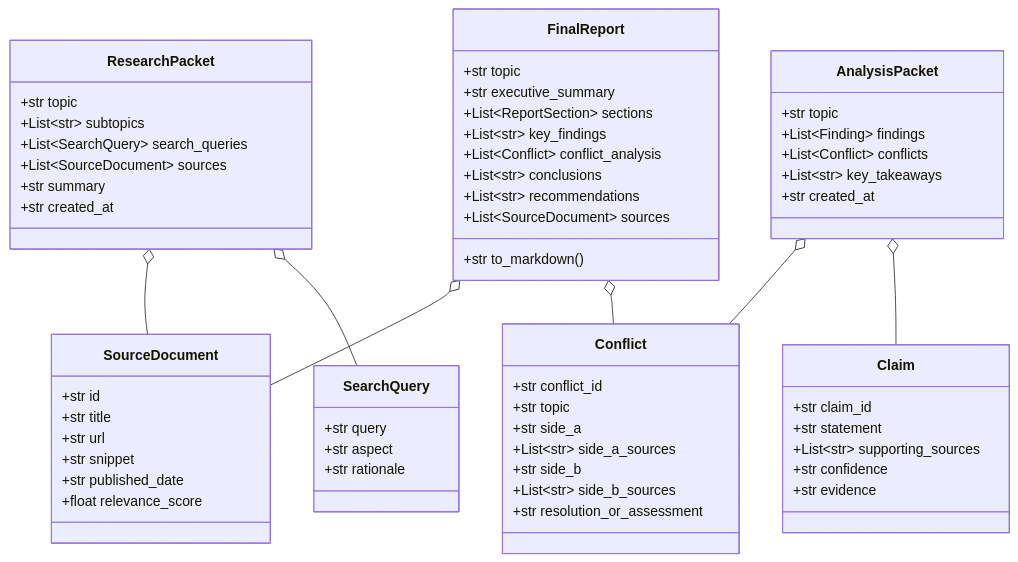
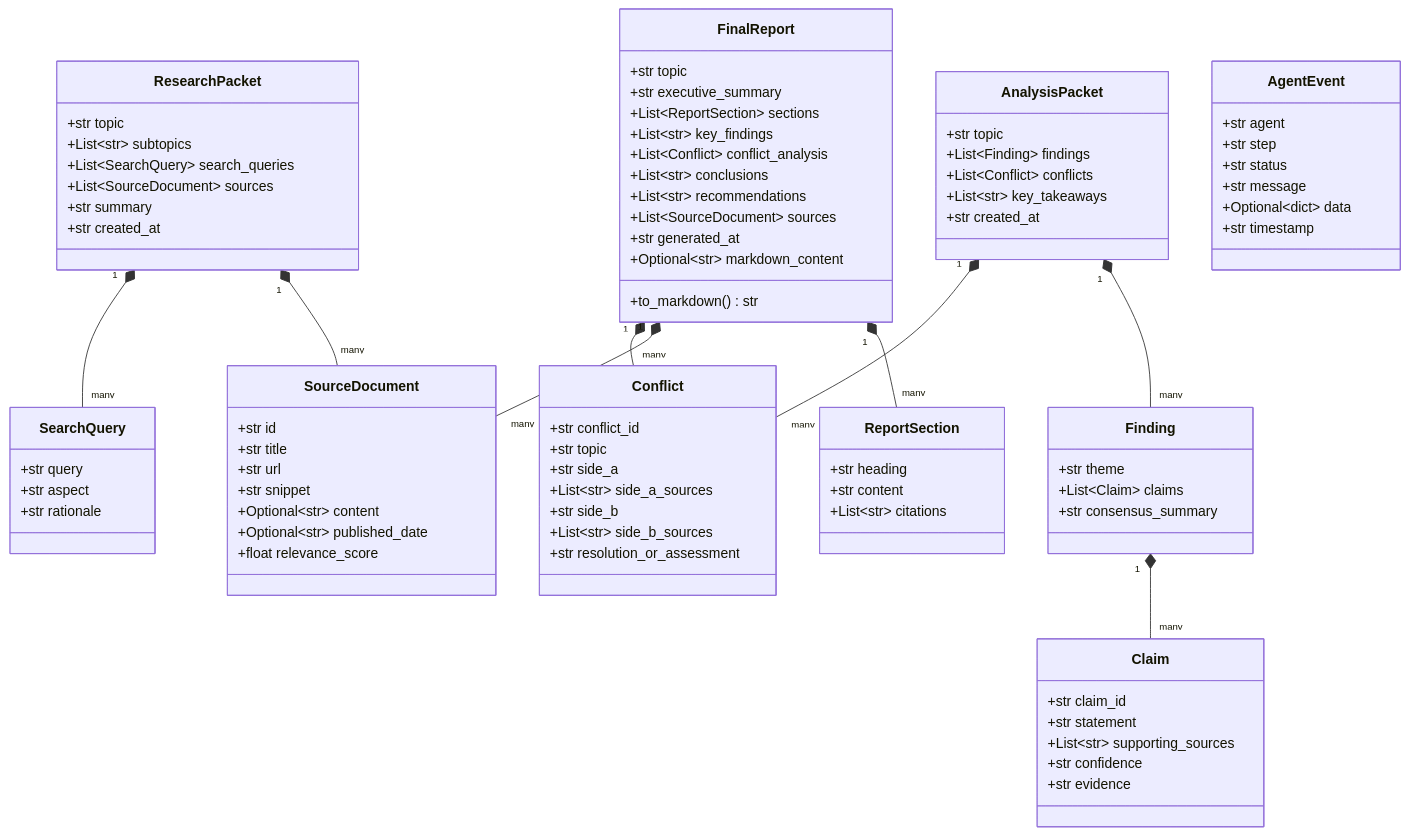
One commit to omkarmusle510-web/multi-agent-research-assistant changed the second of 2 diagrams in ARCHITECTURE.md. Above: the diagram before and after it, drawn with Mermaid. The commit also changed other lines of this file and 2 other files, not shown here.

````diff
--- a/ARCHITECTURE.md
+++ b/ARCHITECTURE.md
@@ -82,7 +166,8 @@
         +str title
         +str url
         +str snippet
-        +str published_date
+        +Optional~str~ content
+        +Optional~str~ published_date
         +float relevance_score
     }
 
@@ -119,12 +204,24 @@
         +str resolution_or_assessment
     }
 
+    class Finding {
+        +str theme
+        +List~Claim~ claims
+        +str consensus_summary
+    }
+
     class AnalysisPacket {
         +str topic
         +List~Finding~ findings
         +List~Conflict~ conflicts
         +List~str~ key_takeaways
         +str created_at
+    }
+
+    class ReportSection {
+        +str heading
+        +str content
+        +List~str~ citations
     }
 
     class FinalReport {
@@ -136,13 +233,26 @@
         +List~str~ conclusions
         +List~str~ recommendations
         +List~SourceDocument~ sources
-        +str to_markdown()
+        +str generated_at
+        +Optional~str~ markdown_content
+        +to_markdown() str
     }
 
-    ResearchPacket o-- SourceDocument
-    ResearchPacket o-- SearchQuery
-    AnalysisPacket o-- Conflict
-    AnalysisPacket o-- Claim
-    FinalReport o-- SourceDocument
-    FinalReport o-- Conflict
+    class AgentEvent {
+        +str agent
+        +str step
+        +str status
+        +str message
+        +Optional~dict~ data
+        +str timestamp
+    }
+
+    ResearchPacket "1" *-- "many" SourceDocument
+    ResearchPacket "1" *-- "many" SearchQuery
+    AnalysisPacket "1" *-- "many" Finding
+    AnalysisPacket "1" *-- "many" Conflict
+    Finding "1" *-- "many" Claim
+    FinalReport "1" *-- "many" ReportSection
+    FinalReport "1" *-- "many" SourceDocument
+    FinalReport "1" *-- "many" Conflict
 ```
````
